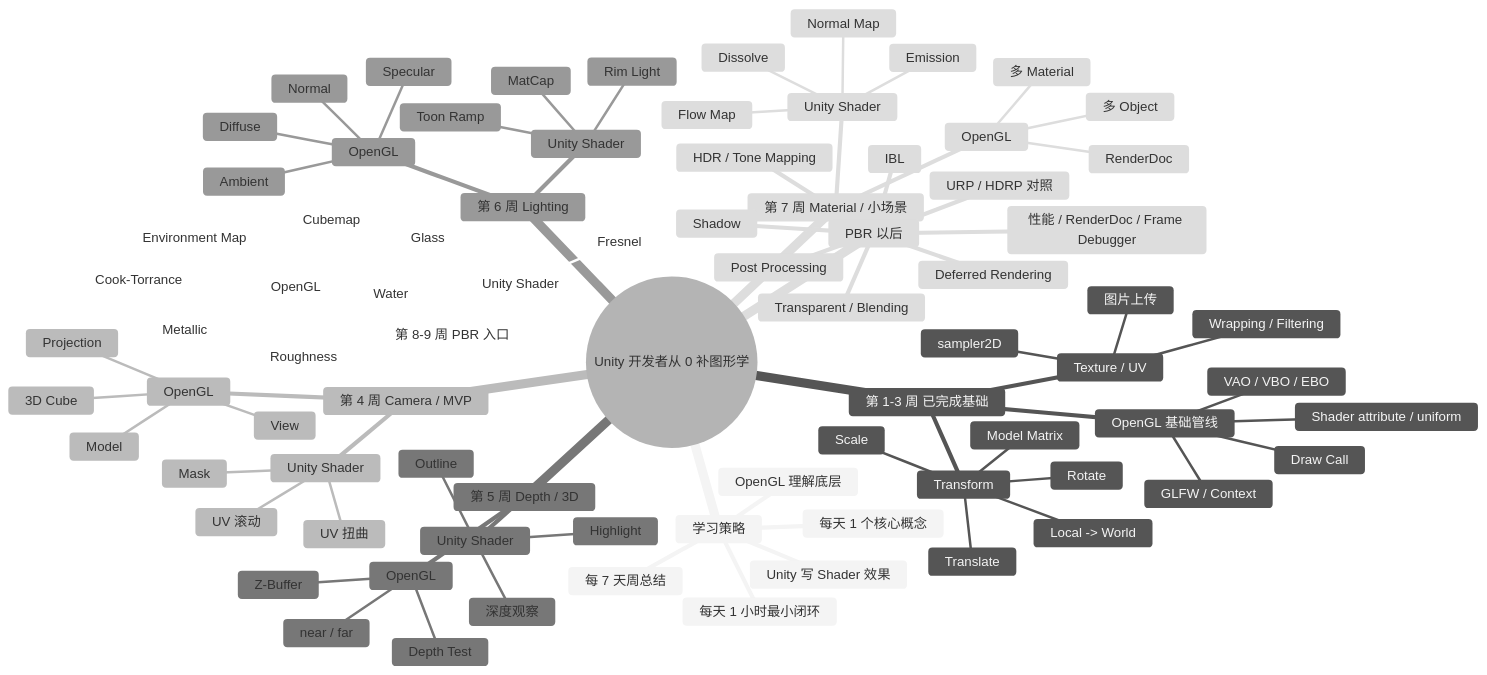
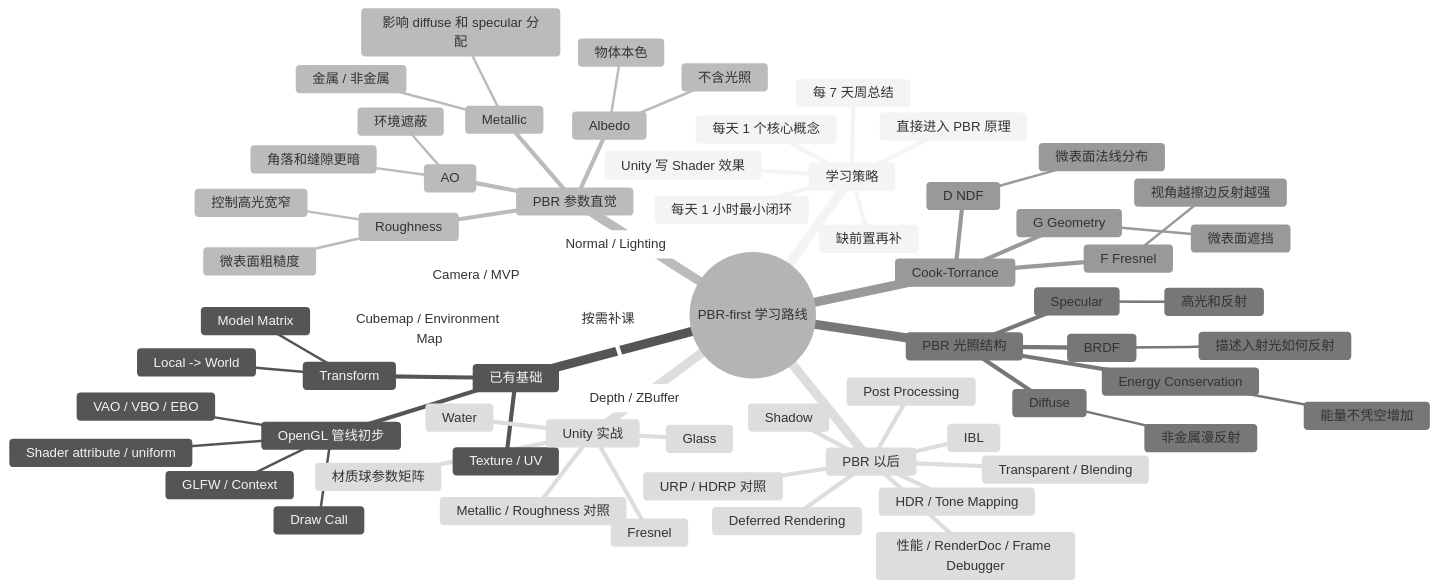
Before and after one commit to sladeByZsl/LearnRenderProject: the diagram in notes/roadmap/opengl-learning-mindmap.md, drawn with Mermaid (neutral theme). The commit also changed 7 other files, not shown here.

Commit message:
Switch roadmap to PBR first

````diff
--- a/notes/roadmap/opengl-learning-mindmap.md
+++ b/notes/roadmap/opengl-learning-mindmap.md
@@ -3,78 +3,63 @@
 ```mermaid
 mindmap
-  root((Unity 开发者从 0 补图形学))
+  root((PBR-first 学习路线))
     学习策略
       每天 1 个核心概念
       每天 1 小时最小闭环
       每 7 天周总结
-      OpenGL 理解底层
+      直接进入 PBR 原理
       Unity 写 Shader 效果
-    第 1-3 周 已完成基础
-      OpenGL 基础管线
+      缺前置再补
+    已有基础
+      OpenGL 管线初步
         GLFW / Context
         VAO / VBO / EBO
         Shader attribute / uniform
         Draw Call
-      Texture / UV
-        图片上传
-        sampler2D
-        Wrapping / Filtering
       Transform
-        Translate
-        Rotate
-        Scale
         Model Matrix
         Local -> World
-    第 4 周 Camera / MVP
-      OpenGL
-        Model
-        View
-        Projection
-        3D Cube
-      Unity Shader
-        UV 滚动
-        UV 扭曲
-        Mask
-    第 5 周 Depth / 3D
-      OpenGL
-        Depth Test
-        Z-Buffer
-        near / far
-      Unity Shader
-        Outline
-        Highlight
-        深度观察
-    第 6 周 Lighting
-      OpenGL
-        Normal
-        Ambient
-        Diffuse
-        Specular
-      Unity Shader
-        Rim Light
-        Toon Ramp
-        MatCap
-    第 7 周 Material / 小场景
-      OpenGL
-        多 Object
-        多 Material
-        RenderDoc
-      Unity Shader
-        Normal Map
-        Emission
-        Dissolve
-        Flow Map
-    第 8-9 周 PBR 入口
-      OpenGL
-        Cubemap
-        Environment Map
-        Metallic
-        Roughness
-        Cook-Torrance
-      Unity Shader
-        Fresnel
-        Water
-        Glass
+      Texture / UV
+    PBR 参数直觉
+      Albedo
+        物体本色
+        不含光照
+      Metallic
+        金属 / 非金属
+        影响 diffuse 和 specular 分配
+      Roughness
+        微表面粗糙度
+        控制高光宽窄
+      AO
+        环境遮蔽
+        角落和缝隙更暗
+    PBR 光照结构
+      Diffuse
+        非金属漫反射
+      Specular
+        高光和反射
+      Energy Conservation
+        能量不凭空增加
+      BRDF
+        描述入射光如何反射
+    Cook-Torrance
+      F Fresnel
+        视角越擦边反射越强
+      D NDF
+        微表面法线分布
+      G Geometry
+        微表面遮挡
+    Unity 实战
+      材质球参数矩阵
+      Fresnel
+      Water
+      Glass
+      Metallic / Roughness 对照
+    按需补课
+      Camera / MVP
+      Depth / ZBuffer
+      Normal / Lighting
+      Cubemap / Environment Map
     PBR 以后
       IBL
       Shadow
````
